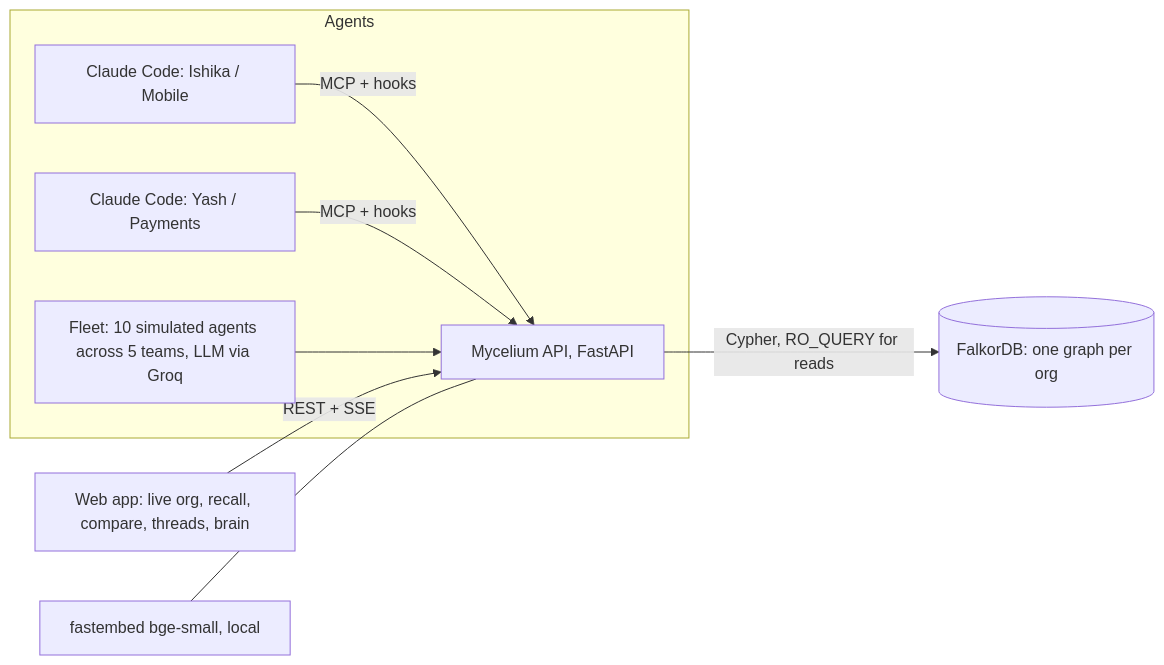
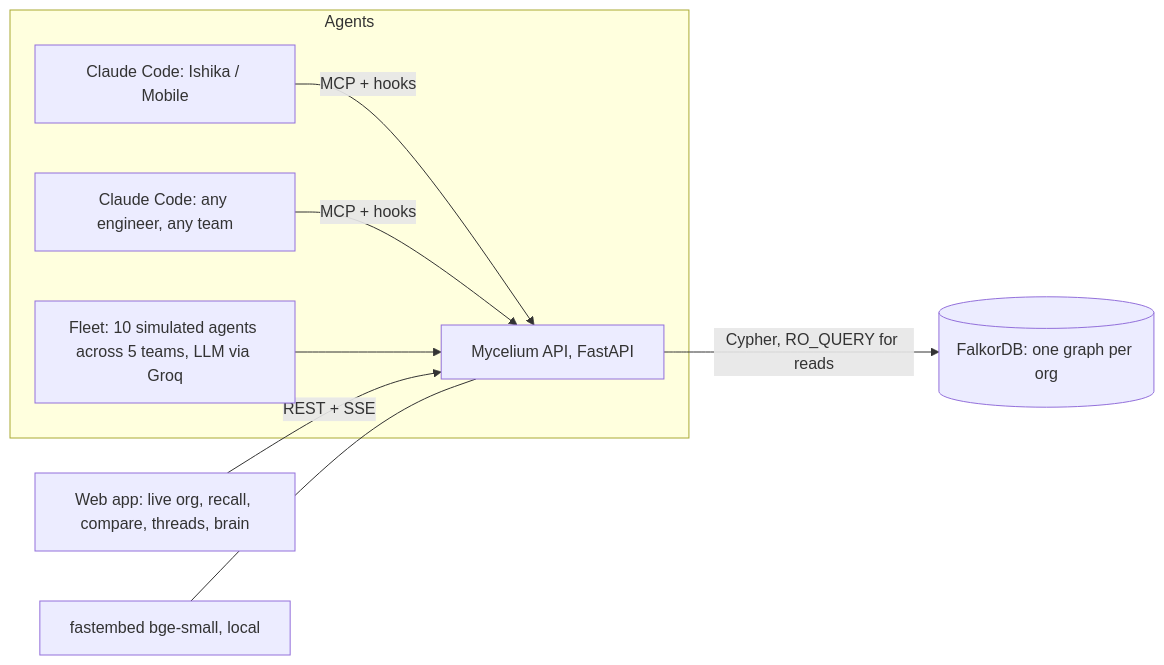
The second of 2 diagrams in README.md (ishikatyagi-star/mycelium), drawn with Mermaid before and after one commit. The commit also changed other lines of this file and 6 other files, not shown here.

````diff
--- a/README.md
+++ b/README.md
@@ -140,11 +140,11 @@
 ```mermaid
 flowchart LR
   subgraph Agents
     CC1[Claude Code: Ishika / Mobile] -- MCP + hooks --> API
-    CC2[Claude Code: Yash / Payments] -- MCP + hooks --> API
+    CC2[Claude Code: any engineer, any team] -- MCP + hooks --> API
     F[Fleet: 10 simulated agents across 5 teams, LLM via Groq] --> API
   end
   W[Web app: live org, recall, compare, threads, brain] -- REST + SSE --> API
   API[Mycelium API, FastAPI] -- Cypher, RO_QUERY for reads --> DB[(FalkorDB: one graph per org)]
   E[fastembed bge-small, local] --- API
 ```
````
